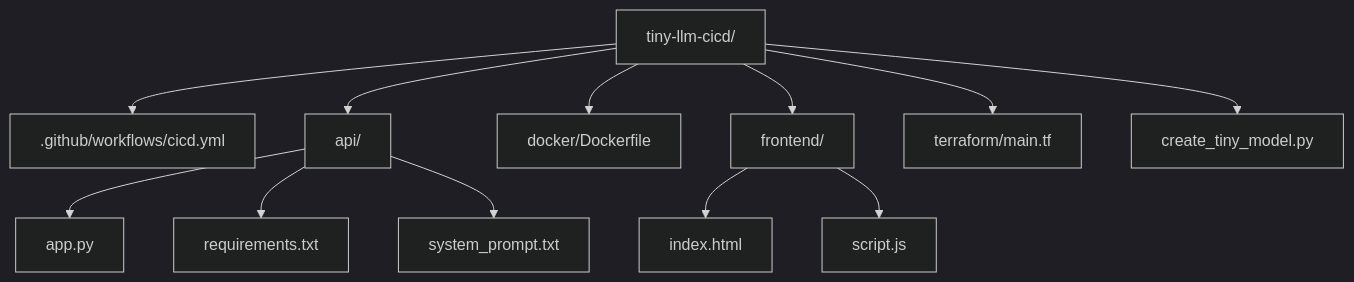
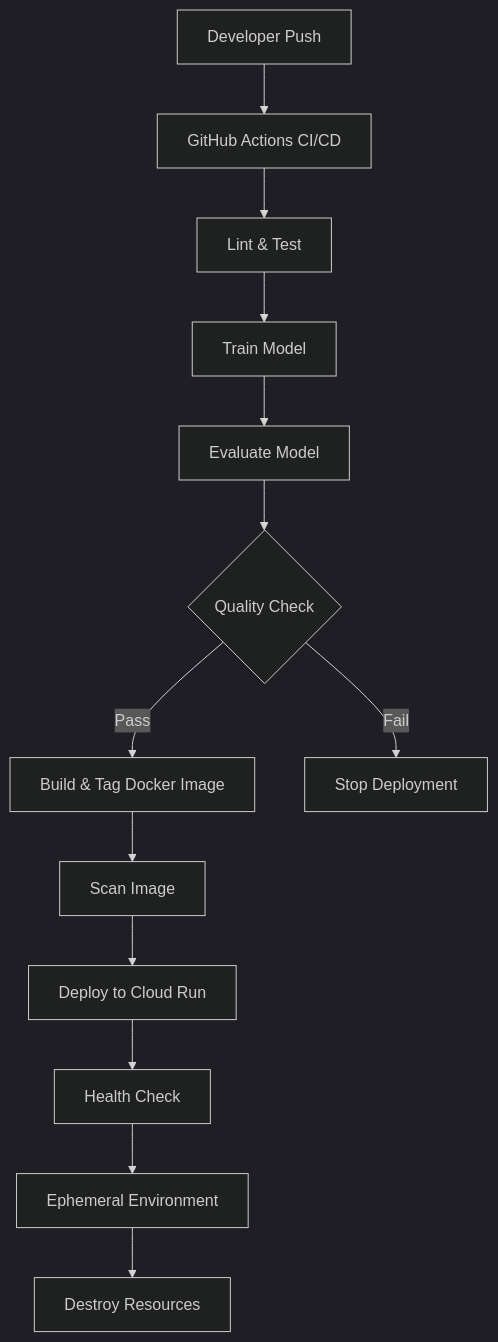
One commit to MLegkovskis/tiny-llm-cicd changed the diagram in README.md. Above: the diagram before and after it, drawn with Mermaid (dark theme). The commit also changed other lines of this file and 12 other files, not shown here.

````diff
--- a/README.md
+++ b/README.md
@@ -153,14 +41,15 @@
 ```mermaid
-flowchart TB
-    A[tiny-llm-cicd/] --> A1[.github/workflows/cicd.yml]
-    A --> A2[api/]
-    A2 --> A2a[app.py]
-    A2 --> A2b[requirements.txt]
-    A2 --> A2c[system_prompt.txt]
-    A --> A3[docker/Dockerfile]
-    A --> A4[frontend/]
-    A4 --> A4a[index.html]
-    A4 --> A4b[script.js]
-    A --> A5[terraform/main.tf]
-    A --> A6[create_tiny_model.py]
+graph TD
+    A[Developer Push] --> B[GitHub Actions CI/CD]
+    B --> C1[Lint & Test]
+    C1 --> C2[Train Model]
+    C2 --> C3[Evaluate Model]
+    C3 --> D{Quality Check}
+    D -->|Pass| E[Build & Tag Docker Image]
+    D -->|Fail| F[Stop Deployment]
+    E --> G[Scan Image]
+    G --> H[Deploy to Cloud Run]
+    H --> I[Health Check]
+    I --> J[Ephemeral Environment]
+    J --> K[Destroy Resources]
 ```
````
